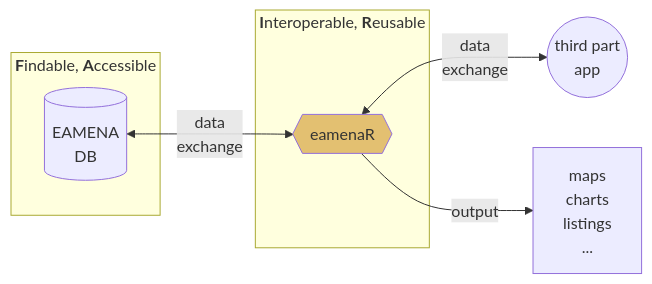
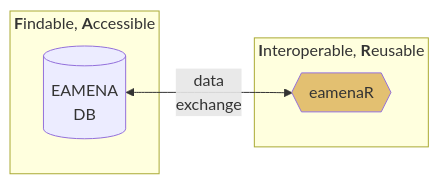
Before and after one commit to eamena-project/eamena-arches-dev: the third of 3 diagrams in temp/test-quarto-mermaids.md, drawn with Mermaid.

````diff
--- a/temp/test-quarto-mermaids.md
+++ b/temp/test-quarto-mermaids.md
@@ -20,13 +20,11 @@
 ```mermaid
 flowchart LR
     subgraph ide1 [<b>F</b>indable, <b>A</b>ccessible]
     A[(EAMENA<br>DB)];
     end
     A[(EAMENA<br>DB)] <--data<br>exchange--> B{{"eamenaR"}}:::eamenaRpkg;
     subgraph ide2 [<b>I</b>nteroperable, <b>R</b>eusable]
     B;
     end
-    B <--data<br>exchange--> C((third part<br>app));
-    B --"output"--> D[maps<br>charts<br>listings<br>...];
     classDef eamenaRpkg fill:#e3c071;
 ```
````
